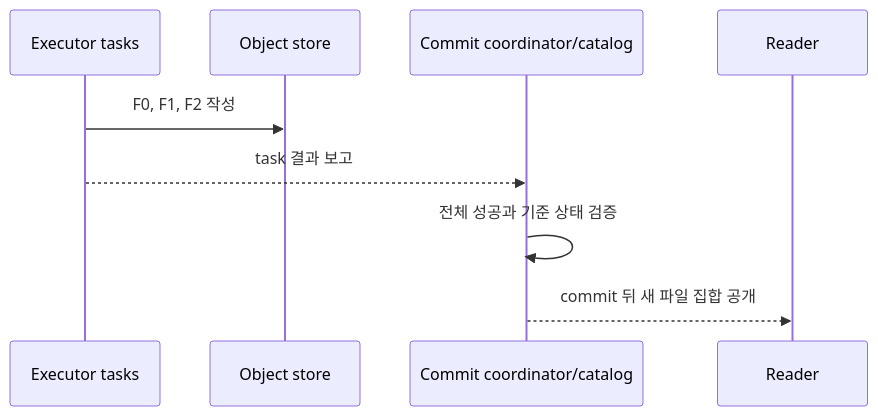
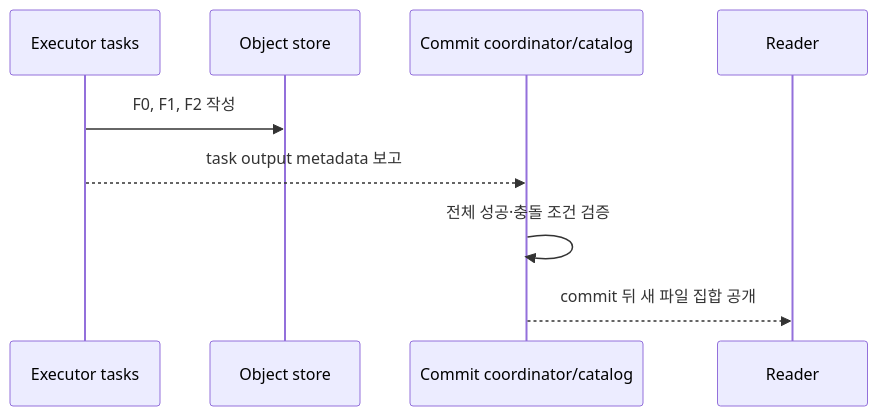
Before and after one commit to mj006648/netai-devsecops-runbook: the diagram in learning/apache-spark/07-reading-and-writing.md, drawn with Mermaid. The commit also changed other lines of this file and 68 other files, not shown here.

````diff
--- a/learning/apache-spark/07-reading-and-writing.md
+++ b/learning/apache-spark/07-reading-and-writing.md
@@ -114,11 +127,11 @@
-```mermaid
+~~~mermaid
 sequenceDiagram
     participant E as Executor tasks
     participant O as Object store
     participant C as Commit coordinator/catalog
     participant R as Reader
     E->>O: F0, F1, F2 작성
-    E-->>C: task 결과 보고
-    C->>C: 전체 성공과 기준 상태 검증
+    E-->>C: task output metadata 보고
+    C->>C: 전체 성공·충돌 조건 검증
     C-->>R: commit 뒤 새 파일 집합 공개
-```
+~~~
````
